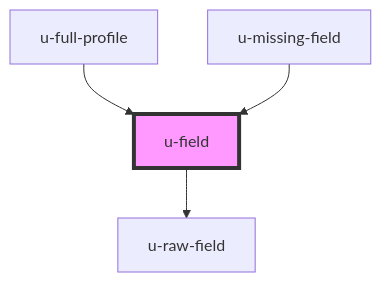
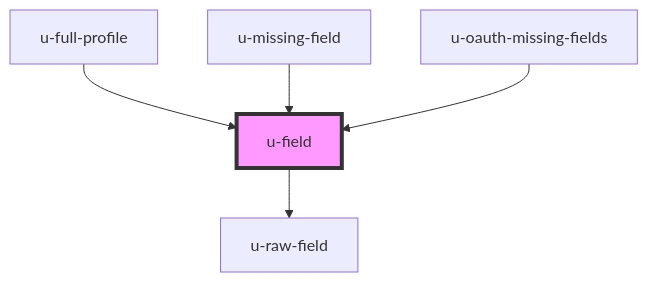
Before and after one commit to UnidyID/unidy-sdk: the diagram in packages/sdk/src/profile/components/field/readme.md, drawn with Mermaid. The commit also changed other lines of this file and 10 other files, not shown here.

````diff
--- a/packages/sdk/src/profile/components/field/readme.md
+++ b/packages/sdk/src/profile/components/field/readme.md
@@ -60,7 +61,8 @@
 ```mermaid
 graph TD;
   u-field --> u-raw-field
   u-full-profile --> u-field
   u-missing-field --> u-field
+  u-oauth-missing-fields --> u-field
   style u-field fill:#f9f,stroke:#333,stroke-width:4px
 ```
````
